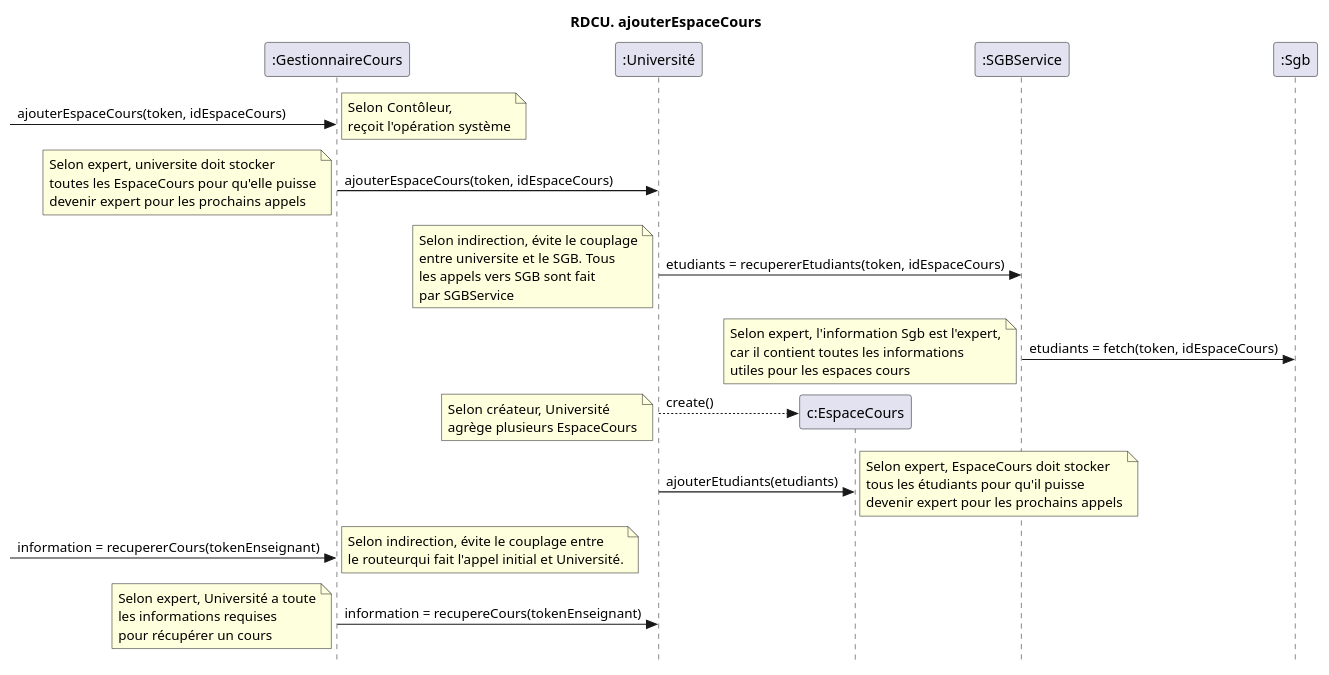
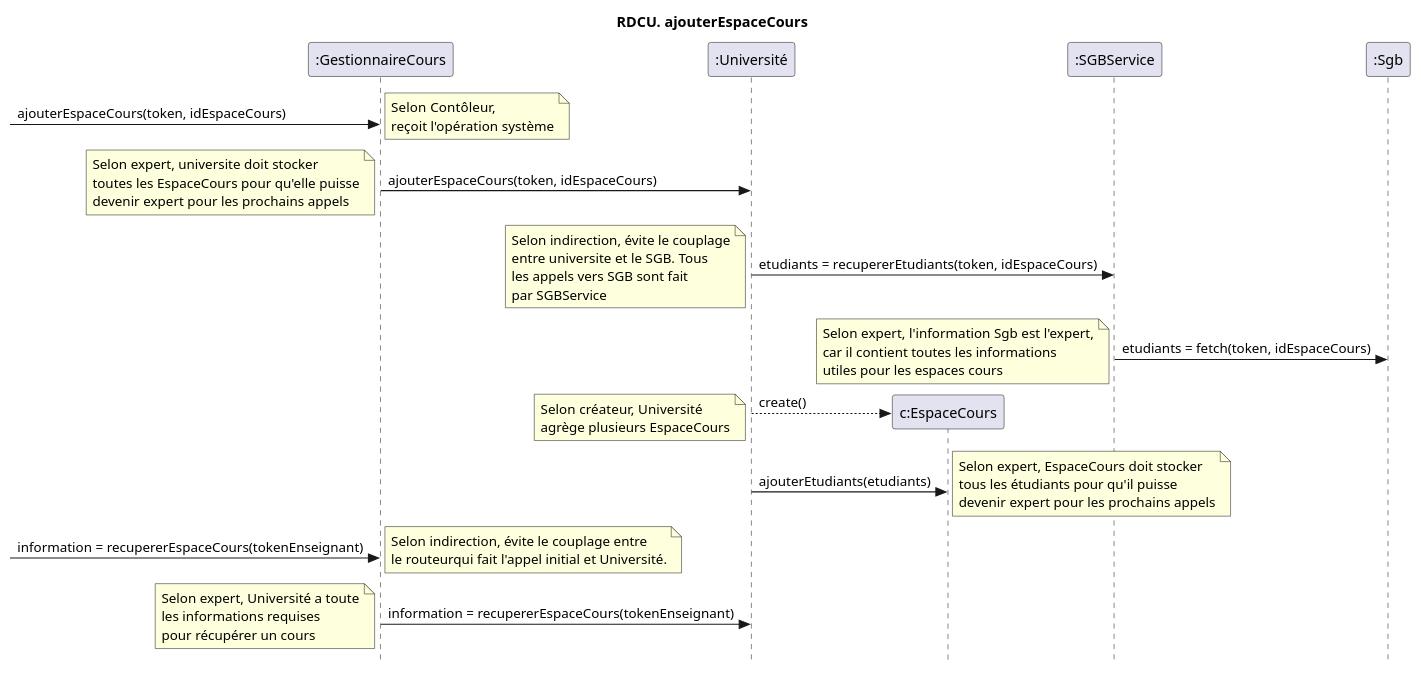
One commit to nerdz88/SGA-TS changed the diagram in docs/Ajouter cours/RDCU_ajouterCours.puml. Above: the diagram before and after it, drawn with PlantUML. The commit also changed 17 other files, not shown here.

```diff
--- a/docs/Ajouter cours/RDCU_ajouterCours.puml
+++ b/docs/Ajouter cours/RDCU_ajouterCours.puml
@@ -1,27 +1,27 @@
 @startuml creerNouveauCours
 skinparam style strictuml
 skinparam defaultfontname Verdana
 title RDCU. ajouterEspaceCours
 participant ":GestionnaireCours" as controlleur
 participant ":Université" as sga
 participant "c:EspaceCours" as cours
 participant ":SGBService" as service
 participant ":Sgb" as sgb
 
 -> controlleur : ajouterEspaceCours(token, idEspaceCours)
 note right : Selon Contôleur,\nreçoit l'opération système
   controlleur->sga : ajouterEspaceCours(token, idEspaceCours)
   note left : Selon expert, universite doit stocker\ntoutes les EspaceCours pour qu'elle puisse\ndevenir expert pour les prochains appels
   sga ->  service : etudiants = recupererEtudiants(token, idEspaceCours)
   note left : Selon indirection, évite le couplage\nentre universite et le SGB. Tous\nles appels vers SGB sont fait\npar SGBService
   service -> sgb : etudiants = fetch(token, idEspaceCours)
   note left : Selon expert, l'information Sgb est l'expert,\ncar il contient toutes les informations\nutiles pour les espaces cours
   sga-->cours** : create()
   note left : Selon créateur, Université\nagrège plusieurs EspaceCours
   sga -> cours : ajouterEtudiants(etudiants)
   note right : Selon expert, EspaceCours doit stocker\ntous les étudiants pour qu'il puisse\ndevenir expert pour les prochains appels
-  -> controlleur : information = recupererCours(tokenEnseignant)
+  -> controlleur : information = recupererEspaceCours(tokenEnseignant)
   note right : Selon indirection, évite le couplage entre\nle routeurqui fait l'appel initial et Université.
-  controlleur -> sga : information = recupereCours(tokenEnseignant)
+  controlleur -> sga : information = recupererEspaceCours(tokenEnseignant)
   note left : Selon expert, Université a toute\nles informations requises\npour récupérer un cours
   @enduml
```
